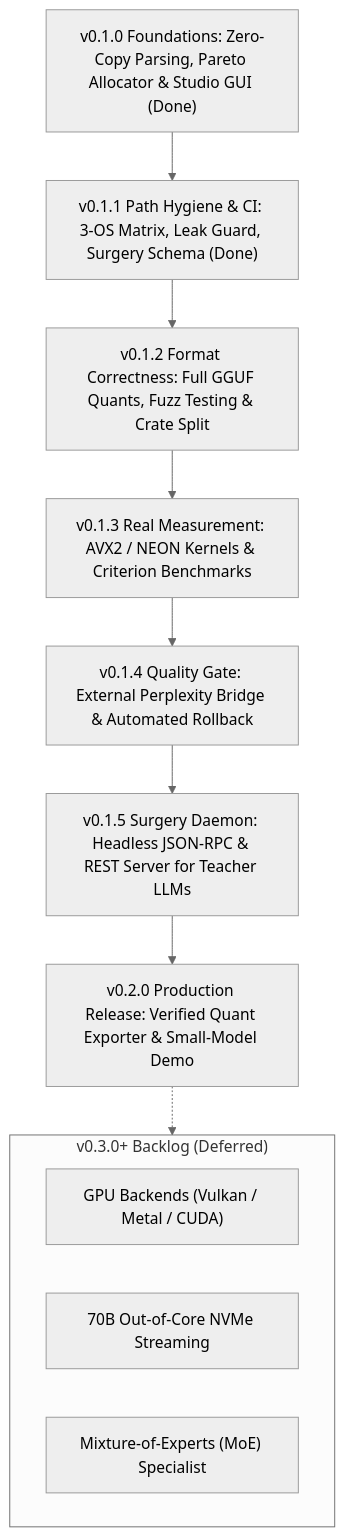
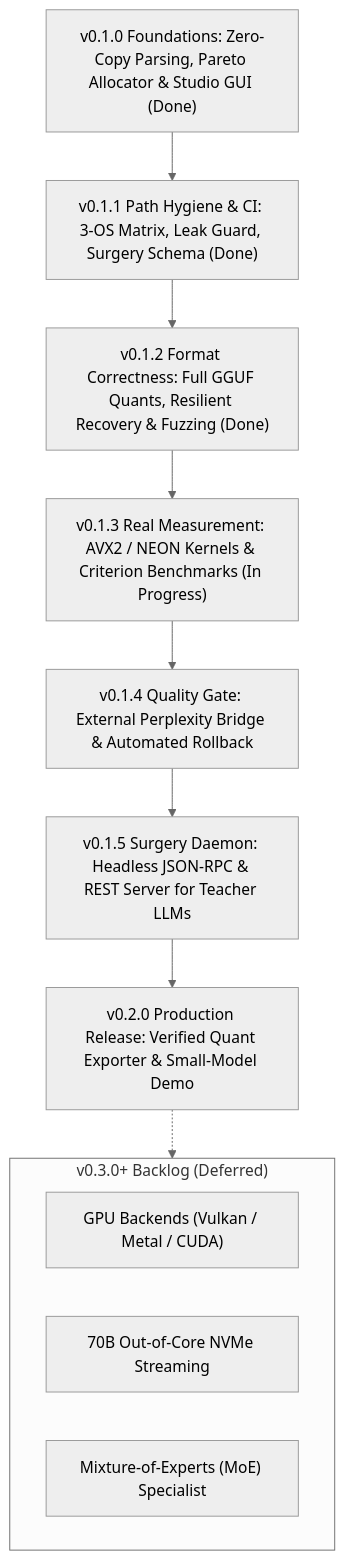
One commit to EdEpiphanes/THME-Epiphanes changed the diagram in README.md. Above: the diagram before and after it, drawn with Mermaid (neutral theme). The commit also changed other lines of this file and 9 other files, not shown here.

````diff
--- a/README.md
+++ b/README.md
@@ -239,20 +239,20 @@
 ```mermaid
 flowchart TD
     v010["v0.1.0 Foundations: Zero-Copy Parsing, Pareto Allocator & Studio GUI (Done)"]
     v011["v0.1.1 Path Hygiene & CI: 3-OS Matrix, Leak Guard, Surgery Schema (Done)"]
-    v012["v0.1.2 Format Correctness: Full GGUF Quants, Fuzz Testing & Crate Split"]
-    v013["v0.1.3 Real Measurement: AVX2 / NEON Kernels & Criterion Benchmarks"]
+    v012["v0.1.2 Format Correctness: Full GGUF Quants, Resilient Recovery & Fuzzing (Done)"]
+    v013["v0.1.3 Real Measurement: AVX2 / NEON Kernels & Criterion Benchmarks (In Progress)"]
     v014["v0.1.4 Quality Gate: External Perplexity Bridge & Automated Rollback"]
     v015["v0.1.5 Surgery Daemon: Headless JSON-RPC & REST Server for Teacher LLMs"]
     v020["v0.2.0 Production Release: Verified Quant Exporter & Small-Model Demo"]
 
     v010 --> v011 --> v012 --> v013 --> v014 --> v015 --> v020
 
     subgraph Backlog_v03 ["v0.3.0+ Backlog (Deferred)"]
         v031["GPU Backends (Vulkan / Metal / CUDA)"]
         v032["70B Out-of-Core NVMe Streaming"]
         v033["Mixture-of-Experts (MoE) Specialist"]
     end
 
     v020 -.-> Backlog_v03
 ```
````
